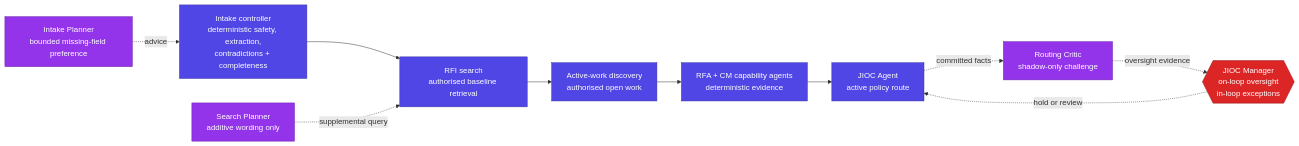
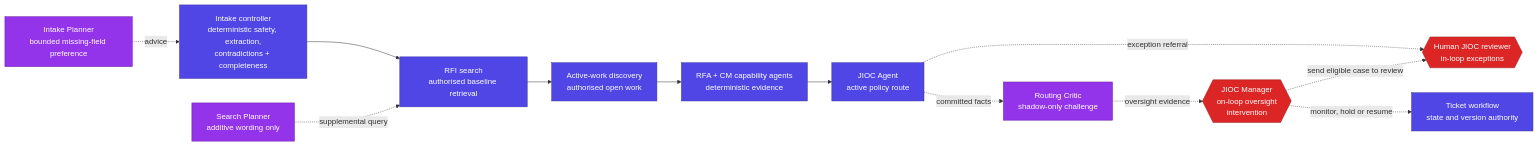
One commit to ShabalalaWATP/Coeus changed the third of 3 diagrams in docs/ARCHITECTURE_WORKFLOW.md. Above: the diagram before and after it, drawn with Mermaid. The commit also changed other lines of this file and 77 other files, not shown here.

Commit message:
feat: align JIOC oversight and operating model

````diff
--- a/docs/ARCHITECTURE_WORKFLOW.md
+++ b/docs/ARCHITECTURE_WORKFLOW.md
@@ -199,27 +206,32 @@
 ```mermaid
 flowchart LR
     accTitle: Bounded automation authority
-    accDescr: Deterministic controllers own lifecycle actions while optional planners and critics provide bounded advice and a JIOC Manager oversees or intervenes.
+    accDescr: Deterministic controllers own lifecycle actions, optional planners and critics provide bounded advice, human JIOC reviewers decide exceptions, and a JIOC Manager oversees or intervenes.
 
     IN["Intake controller<br/>deterministic safety, extraction,<br/>contradictions + completeness"]
     IP["Intake Planner<br/>bounded missing-field preference"]
     RFI["RFI search<br/>authorised baseline retrieval"]
     SP["Search Planner<br/>additive wording only"]
     AW["Active-work discovery<br/>authorised open work"]
     CAP["RFA + CM capability agents<br/>deterministic evidence"]
     JIOC["JIOC Agent<br/>active policy route"]
+    FLOW["Ticket workflow<br/>state and version authority"]
     CRIT["Routing Critic<br/>shadow-only challenge"]
-    JM{{"JIOC Manager<br/>on-loop oversight<br/>in-loop exceptions"}}
+    JR{{"Human JIOC reviewer<br/>in-loop exceptions"}}
+    JM{{"JIOC Manager<br/>on-loop oversight<br/>intervention"}}
 
     IP -. advice .-> IN --> RFI
     SP -. supplemental query .-> RFI --> AW --> CAP --> JIOC
+    JIOC -. exception referral .-> JR
     JIOC -. committed facts .-> CRIT -. oversight evidence .-> JM
-    JM -. hold or review .-> JIOC
+    JM -. monitor, hold or resume .-> FLOW
+    JM -. send eligible case to review .-> JR
 
     classDef det fill:#4f46e5,stroke:#3730a3,color:#fff
     classDef model fill:#9333ea,stroke:#6b21a8,color:#fff
     classDef human fill:#dc2626,stroke:#991b1b,color:#fff
-    class IN,RFI,AW,CAP,JIOC det
+    class IN,RFI,AW,CAP,JIOC,FLOW det
     class IP,SP,CRIT model
+    class JR,JM human
     class JM human
 ```
````
